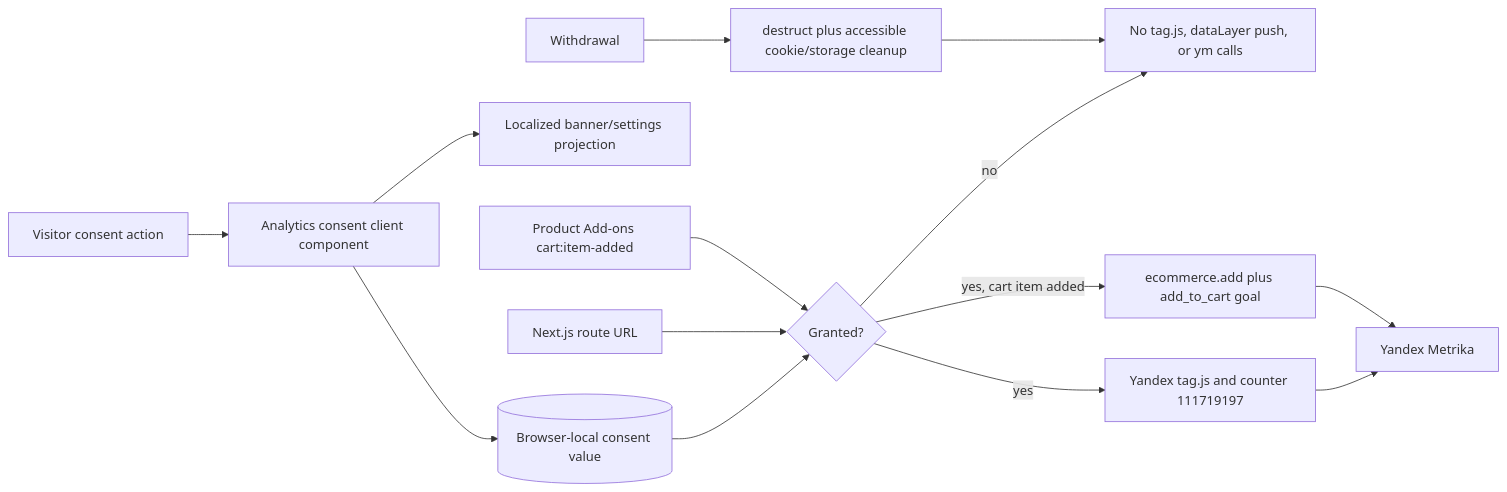
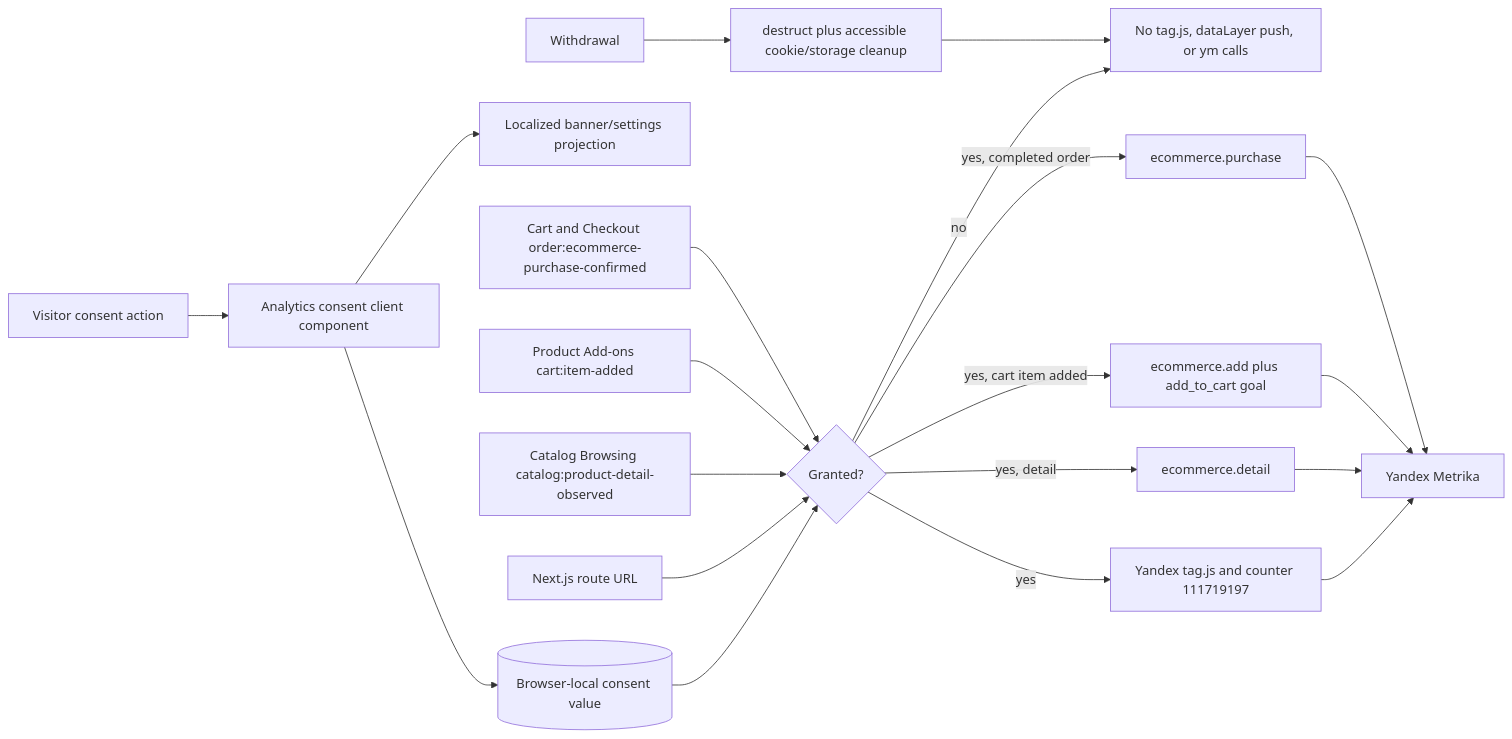
One commit to AtoshaKartosha/sunluk changed the third of 3 diagrams in flows/features/analytics-consent.md. Above: the diagram before and after it, drawn with Mermaid. The commit also changed other lines of this file and 10 other files, not shown here.

````diff
--- a/flows/features/analytics-consent.md
+++ b/flows/features/analytics-consent.md
@@ -93,16 +99,22 @@
 ```mermaid
 flowchart LR
   Action[Visitor consent action] --> Controller[Analytics consent client component]
   Controller --> Choice[(Browser-local consent value)]
   Controller --> Projection[Localized banner/settings projection]
   Choice --> Gate{Granted?}
   Route[Next.js route URL] --> Gate
+  Detail[Catalog Browsing catalog:product-detail-observed] --> Gate
   CartAdd[Product Add-ons cart:item-added] --> Gate
+  Purchase[Cart and Checkout order:ecommerce-purchase-confirmed] --> Gate
   Gate -->|no| Block[No tag.js, dataLayer push, or ym calls]
   Gate -->|yes| Tag[Yandex tag.js and counter 111719197]
-  Gate -->|yes, cart item added| ProductTelemetry[ecommerce.add plus add_to_cart goal]
+  Gate -->|yes, detail| DetailTelemetry[ecommerce.detail]
+  Gate -->|yes, cart item added| AddTelemetry[ecommerce.add plus add_to_cart goal]
+  Gate -->|yes, completed order| PurchaseTelemetry[ecommerce.purchase]
   Tag --> Metrika[Yandex Metrika]
-  ProductTelemetry --> Metrika
+  DetailTelemetry --> Metrika
+  AddTelemetry --> Metrika
+  PurchaseTelemetry --> Metrika
   Withdraw[Withdrawal] --> Destroy[destruct plus accessible cookie/storage cleanup]
   Destroy --> Block
 ```
````
